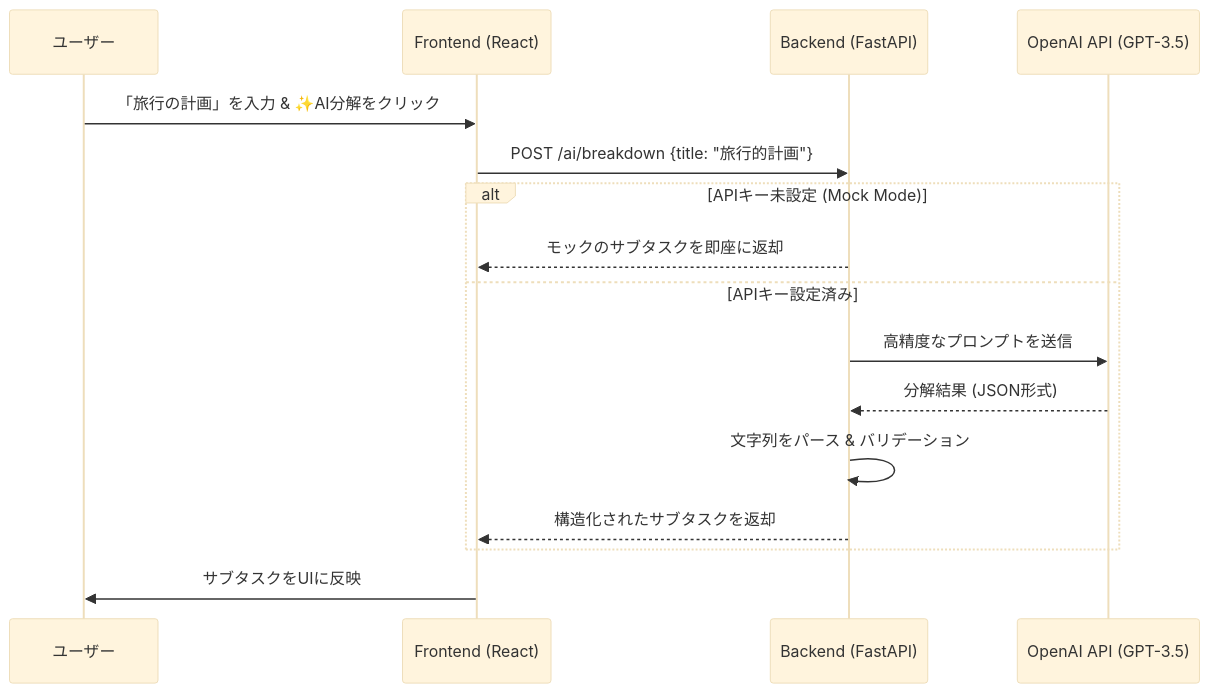
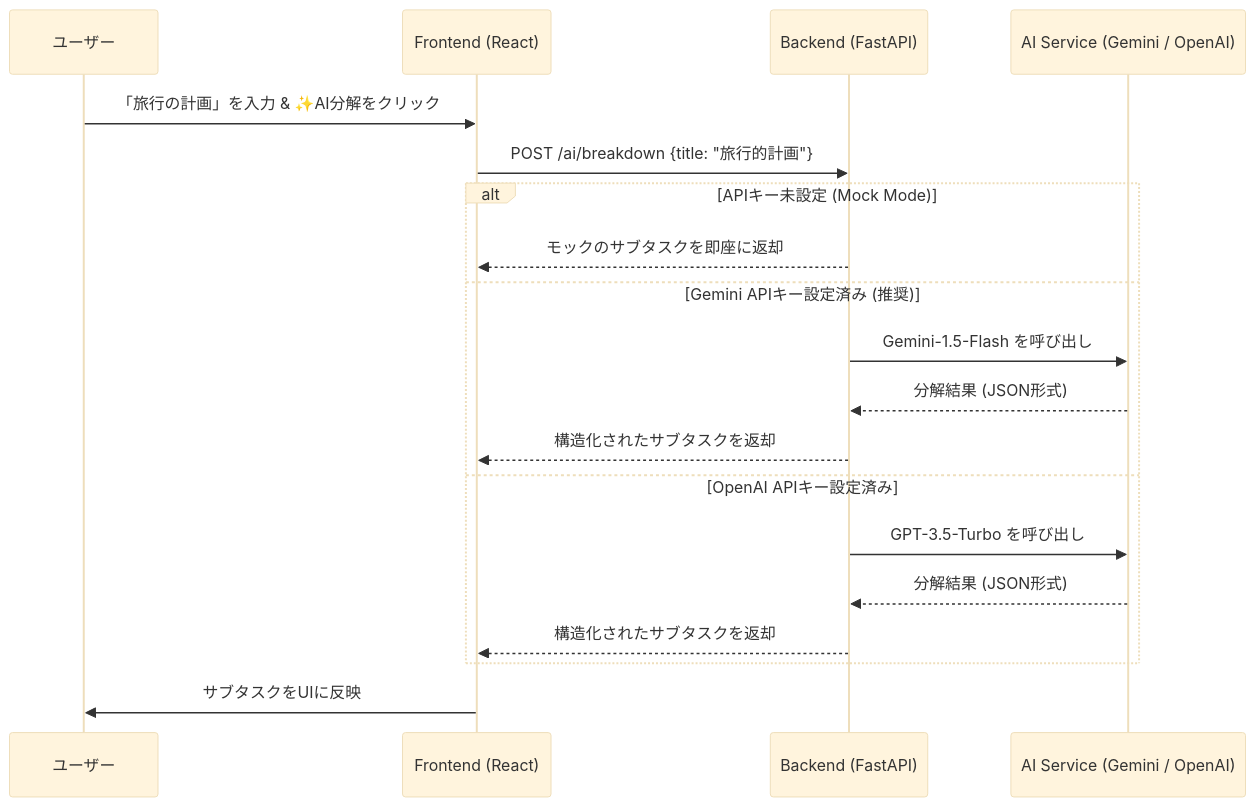
Before and after one commit to rtiak-ops/251025: the fourth of 5 diagrams in README.md, drawn with Mermaid (base theme). The commit also changed other lines of this file and 6 other files, not shown here.

````diff
--- a/README.md
+++ b/README.md
@@ -117,21 +117,24 @@
 ```mermaid
 sequenceDiagram
     participant User as ユーザー
     participant Front as Frontend (React)
     participant Back as Backend (FastAPI)
-    participant AI as OpenAI API (GPT-3.5)
+    participant AI as AI Service (Gemini / OpenAI)
 
     User->>Front: 「旅行の計画」を入力 & ✨AI分解をクリック
     Front->>Back: POST /ai/breakdown {title: "旅行的計画"}
     
     alt APIキー未設定 (Mock Mode)
         Back-->>Front: モックのサブタスクを即座に返却
-    else APIキー設定済み
-        Back->>AI: 高精度なプロンプトを送信
+    else Gemini APIキー設定済み (推奨)
+        Back->>AI: Gemini-1.5-Flash を呼び出し
         AI-->>Back: 分解結果 (JSON形式)
-        Back->>Back: 文字列をパース & バリデーション
+        Back-->>Front: 構造化されたサブタスクを返却
+    else OpenAI APIキー設定済み
+        Back->>AI: GPT-3.5-Turbo を呼び出し
+        AI-->>Back: 分解結果 (JSON形式)
         Back-->>Front: 構造化されたサブタスクを返却
     end
 
     Front->>User: サブタスクをUIに反映
 ```
````
